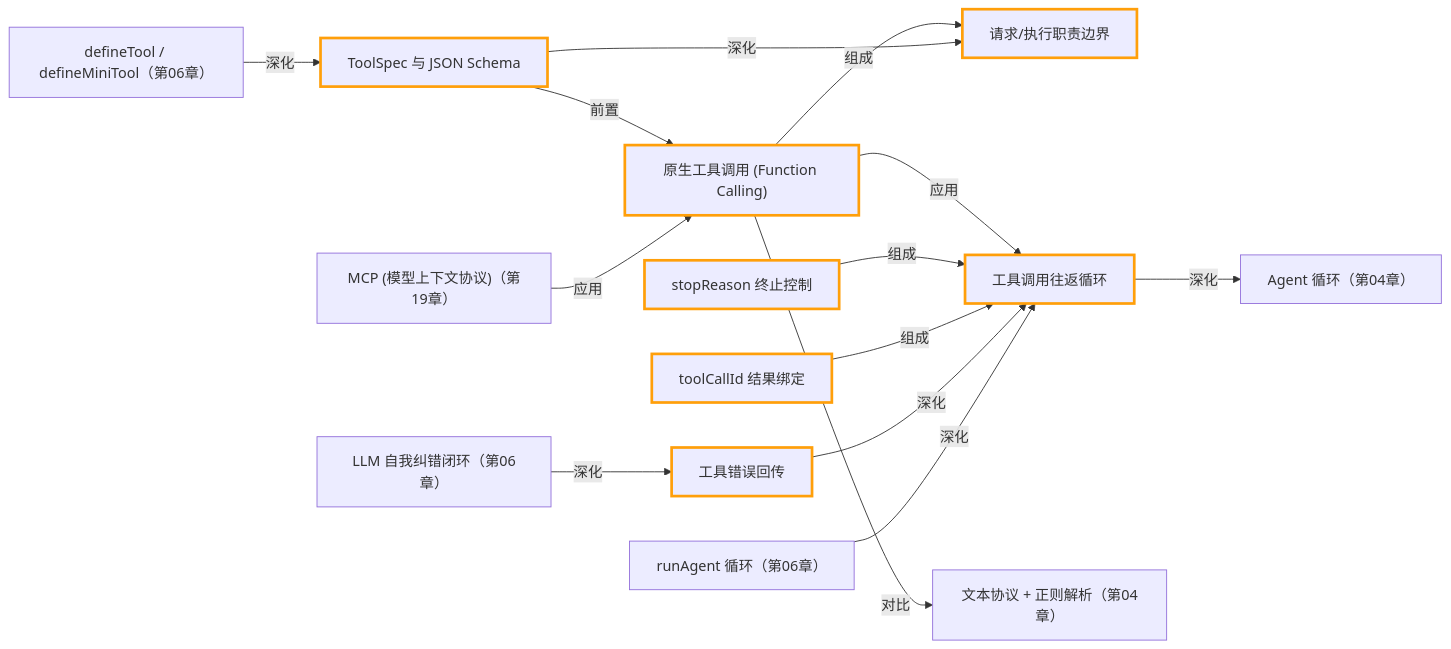
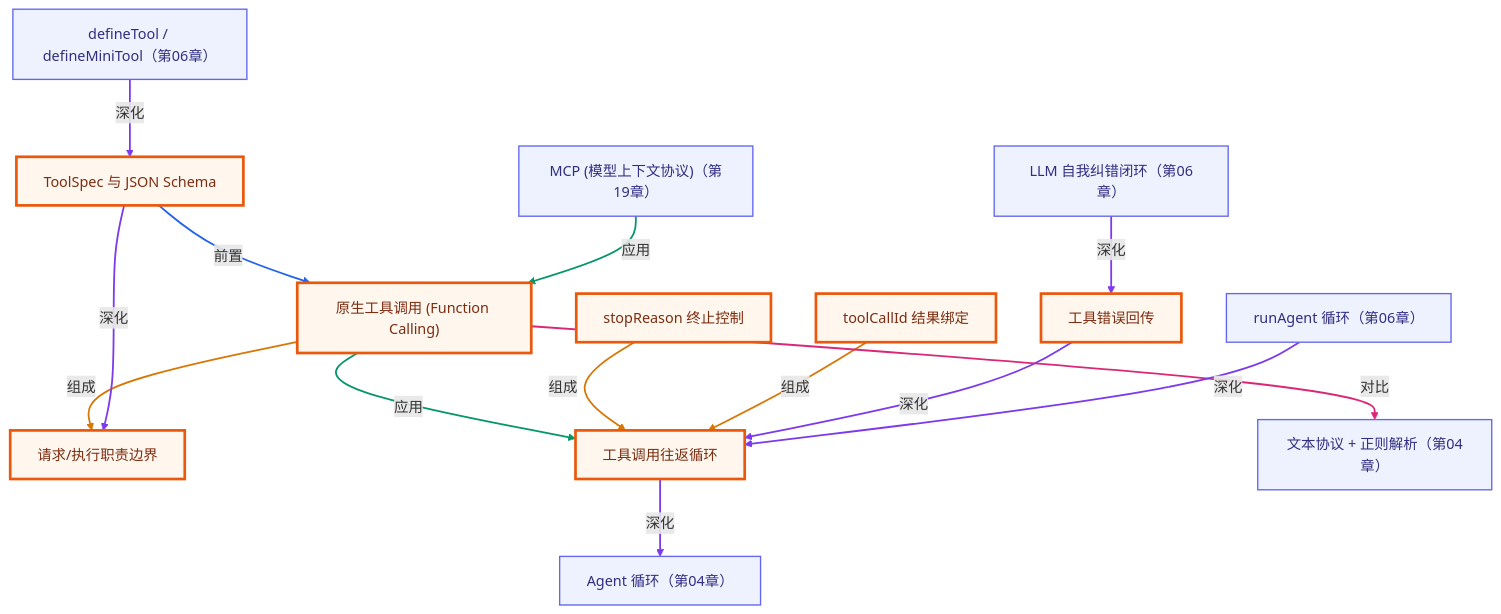
The second of 2 diagrams in lessons/05-tool-use-basics/README.md (songuu/agent), drawn with Mermaid before and after one commit. The commit also changed other lines of this file and 72 other files, not shown here.

````diff
--- a/lessons/05-tool-use-basics/README.md
+++ b/lessons/05-tool-use-basics/README.md
@@ -222,36 +224,46 @@
 ```mermaid
-graph LR
+graph TB
+  classDef own fill:#fff7ed,stroke:#ea580c,stroke-width:3px,color:#7c2d12;
+  classDef cross fill:#eef2ff,stroke:#6366f1,stroke-width:1.5px,color:#312e81;
   n_c05_native_tool_use["原生工具调用 (Function Calling)"]
   n_c05_request_execute_boundary["请求/执行职责边界"]
   n_c05_toolspec_schema["ToolSpec 与 JSON Schema"]
   n_c05_roundtrip_loop["工具调用往返循环"]
   n_c05_stop_reason["stopReason 终止控制"]
   n_c05_tool_call_id["toolCallId 结果绑定"]
   n_c05_error_feedback["工具错误回传"]
   n_c04_text_protocol["文本协议 + 正则解析（第04章）"]
   n_c04_agent_loop["Agent 循环（第04章）"]
   n_c06_define_tool["defineTool / defineMiniTool（第06章）"]
   n_c06_run_agent_loop["runAgent 循环（第06章）"]
   n_c06_self_correction_loop["LLM 自我纠错闭环（第06章）"]
   n_c19_mcp["MCP (模型上下文协议)（第19章）"]
   n_c05_native_tool_use -->|组成| n_c05_request_execute_boundary
   n_c05_toolspec_schema -->|前置| n_c05_native_tool_use
   n_c05_native_tool_use -->|应用| n_c05_roundtrip_loop
   n_c05_stop_reason -->|组成| n_c05_roundtrip_loop
   n_c05_tool_call_id -->|组成| n_c05_roundtrip_loop
   n_c05_error_feedback -->|深化| n_c05_roundtrip_loop
   n_c05_toolspec_schema -->|深化| n_c05_request_execute_boundary
   n_c05_native_tool_use -->|对比| n_c04_text_protocol
   n_c05_roundtrip_loop -->|深化| n_c04_agent_loop
   n_c06_define_tool -->|深化| n_c05_toolspec_schema
   n_c06_run_agent_loop -->|深化| n_c05_roundtrip_loop
   n_c06_self_correction_loop -->|深化| n_c05_error_feedback
   n_c19_mcp -->|应用| n_c05_native_tool_use
-  style n_c05_native_tool_use stroke:#ff9f0a,stroke-width:3px
-  style n_c05_request_execute_boundary stroke:#ff9f0a,stroke-width:3px
-  style n_c05_toolspec_schema stroke:#ff9f0a,stroke-width:3px
-  style n_c05_roundtrip_loop stroke:#ff9f0a,stroke-width:3px
-  style n_c05_stop_reason stroke:#ff9f0a,stroke-width:3px
-  style n_c05_tool_call_id stroke:#ff9f0a,stroke-width:3px
-  style n_c05_error_feedback stroke:#ff9f0a,stroke-width:3px
+  class n_c05_native_tool_use,n_c05_request_execute_boundary,n_c05_toolspec_schema,n_c05_roundtrip_loop,n_c05_stop_reason,n_c05_tool_call_id,n_c05_error_feedback own;
+  class n_c04_text_protocol,n_c04_agent_loop,n_c06_define_tool,n_c06_run_agent_loop,n_c06_self_correction_loop,n_c19_mcp cross;
+  linkStyle 0 stroke:#d97706,stroke-width:2px;
+  linkStyle 1 stroke:#2563eb,stroke-width:2px;
+  linkStyle 2 stroke:#059669,stroke-width:2px;
+  linkStyle 3 stroke:#d97706,stroke-width:2px;
+  linkStyle 4 stroke:#d97706,stroke-width:2px;
+  linkStyle 5 stroke:#7c3aed,stroke-width:2px;
+  linkStyle 6 stroke:#7c3aed,stroke-width:2px;
+  linkStyle 7 stroke:#db2777,stroke-width:2px;
+  linkStyle 8 stroke:#7c3aed,stroke-width:2px;
+  linkStyle 9 stroke:#7c3aed,stroke-width:2px;
+  linkStyle 10 stroke:#7c3aed,stroke-width:2px;
+  linkStyle 11 stroke:#7c3aed,stroke-width:2px;
+  linkStyle 12 stroke:#059669,stroke-width:2px;
 ```
````
